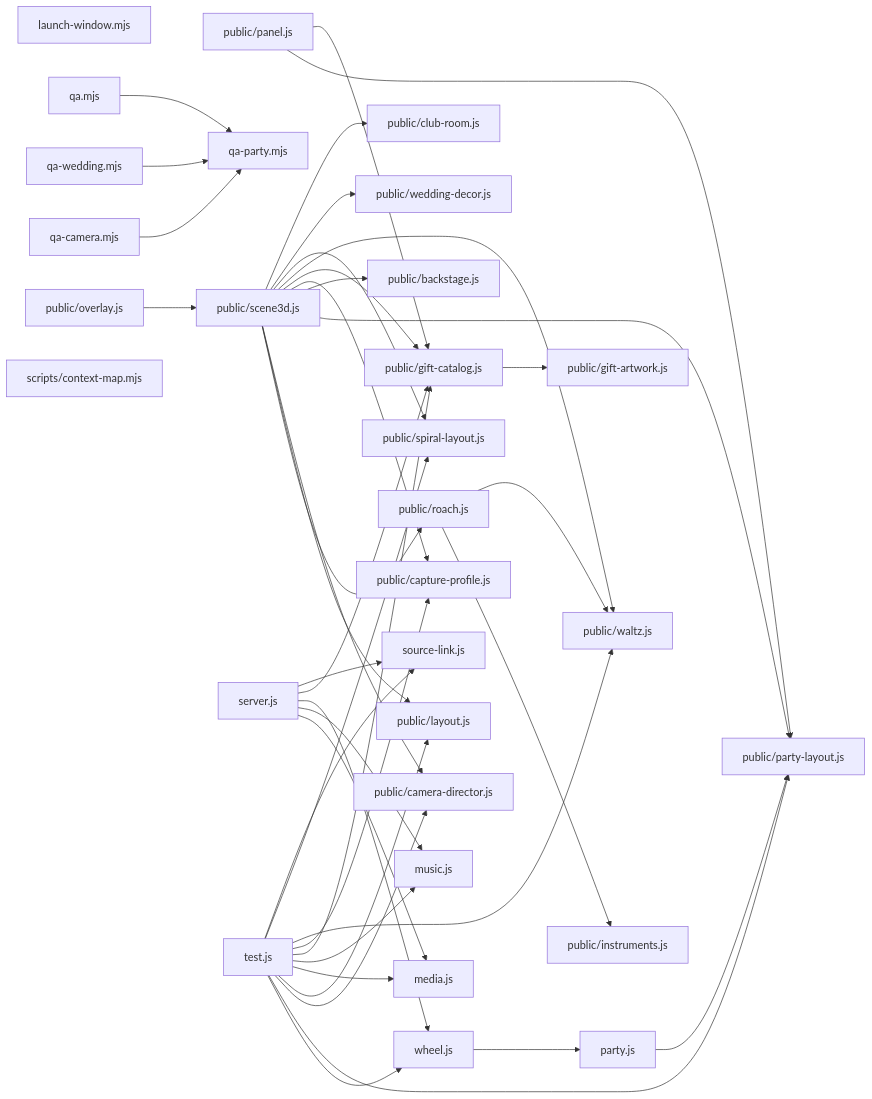
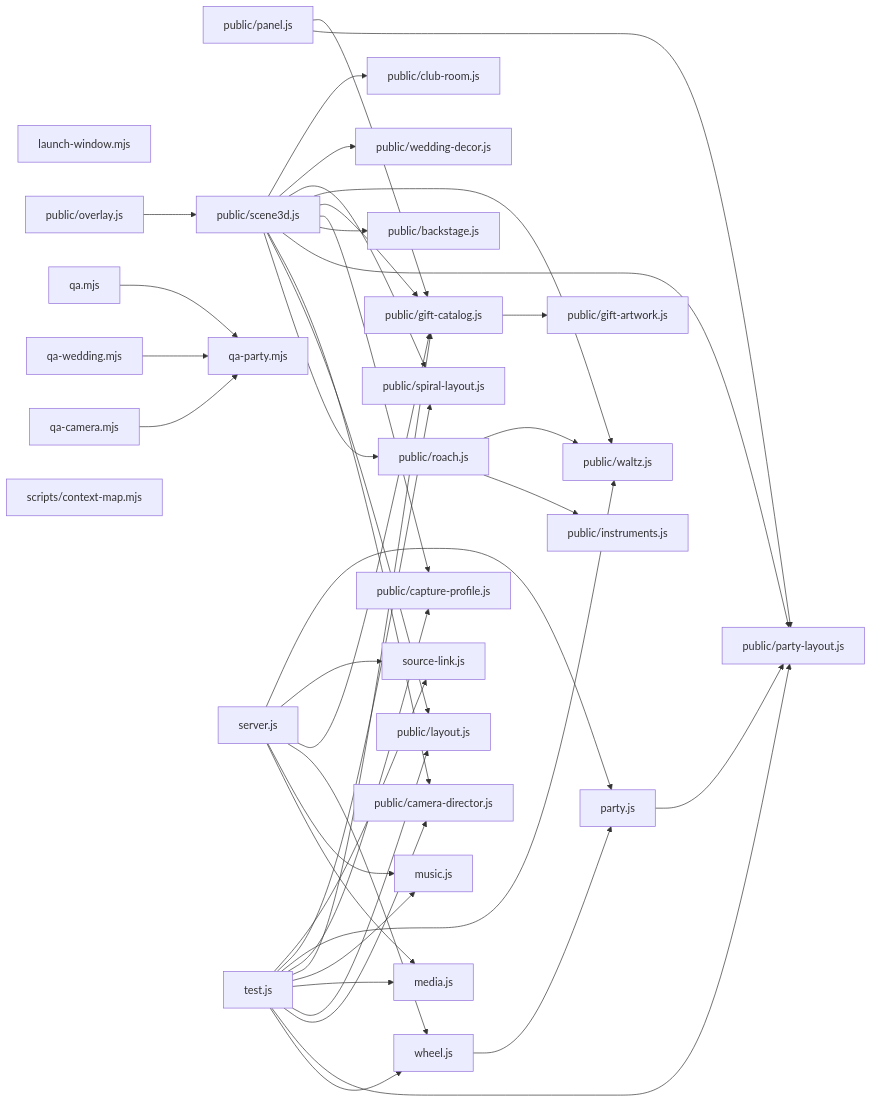
The diagram in docs/context-map.md (fthgshhsrth/roda-live), drawn with Mermaid before and after one commit. The commit also changed 20 other files, not shown here.

````diff
--- a/docs/context-map.md
+++ b/docs/context-map.md
@@ -5,70 +5,71 @@
 ```mermaid
 graph LR
   n0["launch-window.mjs"]
   n1["media.js"]
   n2["music.js"]
   n3["party.js"]
   n4["public/backstage.js"]
   n5["public/camera-director.js"]
   n6["public/capture-profile.js"]
   n7["public/club-room.js"]
   n8["public/gift-artwork.js"]
   n9["public/gift-catalog.js"]
   n10["public/instruments.js"]
   n11["public/layout.js"]
   n12["public/overlay.js"]
   n13["public/panel.js"]
   n14["public/party-layout.js"]
   n15["public/roach.js"]
   n16["public/scene3d.js"]
   n17["public/spiral-layout.js"]
   n18["public/waltz.js"]
   n19["public/wedding-decor.js"]
   n20["qa-camera.mjs"]
   n21["qa-party.mjs"]
   n22["qa-wedding.mjs"]
   n23["qa.mjs"]
   n24["scripts/context-map.mjs"]
   n25["server.js"]
   n26["source-link.js"]
   n27["test.js"]
   n28["wheel.js"]
   n3 --> n14
   n9 --> n8
   n12 --> n16
   n13 --> n14
   n13 --> n9
   n15 --> n10
   n15 --> n18
   n16 --> n15
   n16 --> n11
   n16 --> n5
   n16 --> n14
   n16 --> n4
   n16 --> n6
   n16 --> n9
   n16 --> n18
   n16 --> n17
   n16 --> n19
   n16 --> n7
   n20 --> n21
   n22 --> n21
   n23 --> n21
   n25 --> n1
   n25 --> n2
   n25 --> n28
   n25 --> n9
   n25 --> n26
+  n25 --> n3
   n27 --> n28
   n27 --> n14
   n27 --> n5
   n27 --> n11
   n27 --> n1
   n27 --> n2
   n27 --> n9
   n27 --> n6
   n27 --> n18
   n27 --> n17
   n27 --> n26
   n28 --> n3
 ```
````
